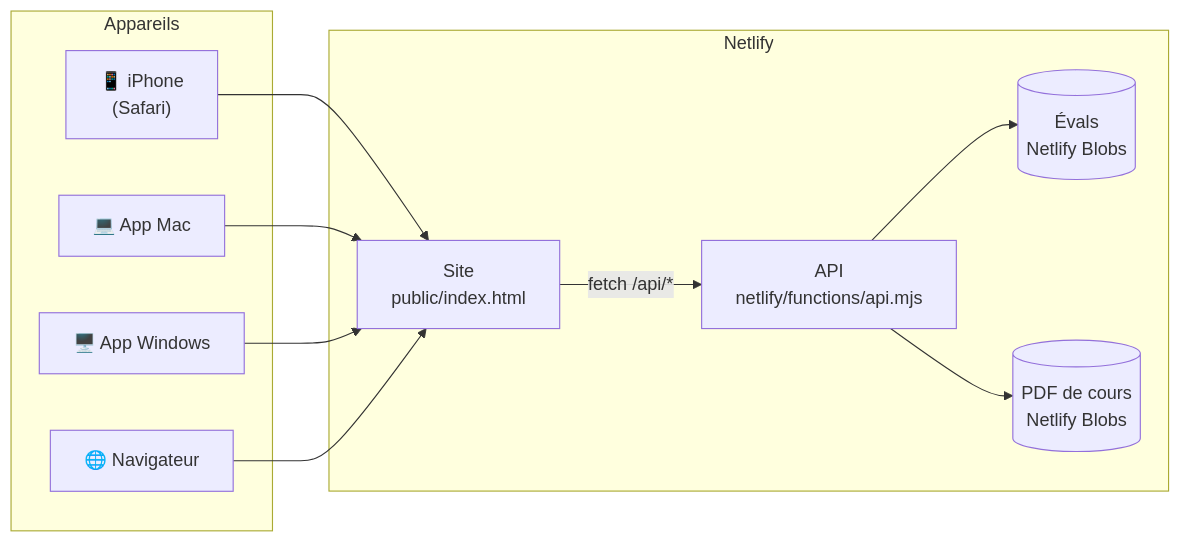
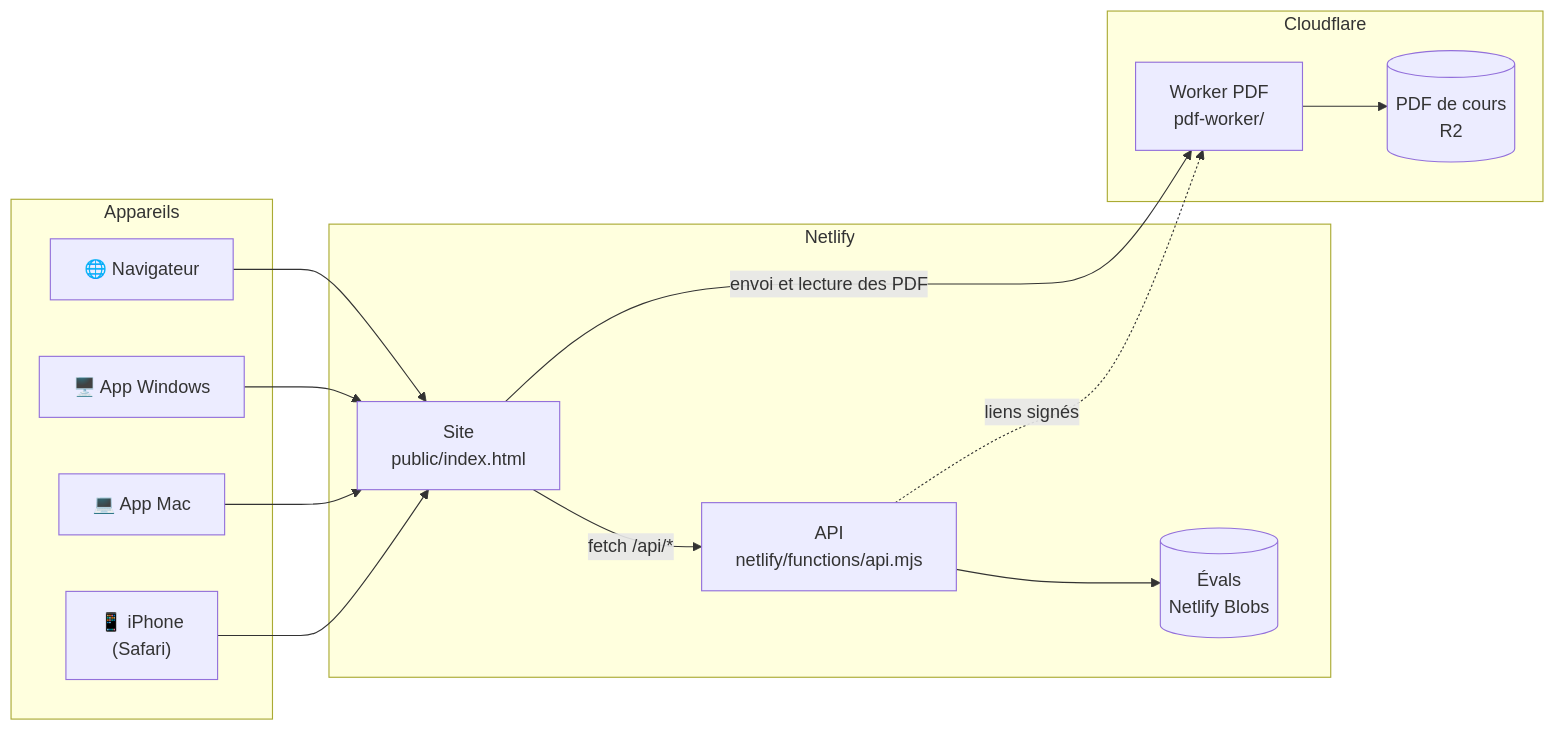
Before and after one commit to Tauwni/AgendaDCG: the diagram in README.md, drawn with Mermaid. The commit also changed other lines of this file and 7 other files, not shown here.

First line of the commit message:
PDF jusqu'à 100 Mo via Cloudflare R2

````diff
--- a/README.md
+++ b/README.md
@@ -124,19 +124,24 @@
 ```mermaid
 flowchart LR
     subgraph Appareils
         A["📱 iPhone<br/>(Safari)"]
         B["💻 App Mac"]
         C["🖥️ App Windows"]
         D["🌐 Navigateur"]
     end
     subgraph Netlify
         S["Site<br/>public/index.html"]
         F["API<br/>netlify/functions/api.mjs"]
         E[("Évals<br/>Netlify Blobs")]
-        P[("PDF de cours<br/>Netlify Blobs")]
+    end
+    subgraph Cloudflare
+        W["Worker PDF<br/>pdf-worker/"]
+        P[("PDF de cours<br/>R2")]
     end
     A & B & C & D --> S
     S -- "fetch /api/*" --> F
     F --> E
-    F --> P
+    F -. "liens signés" .-> W
+    S -- "envoi et lecture des PDF" --> W
+    W --> P
 ```
````
